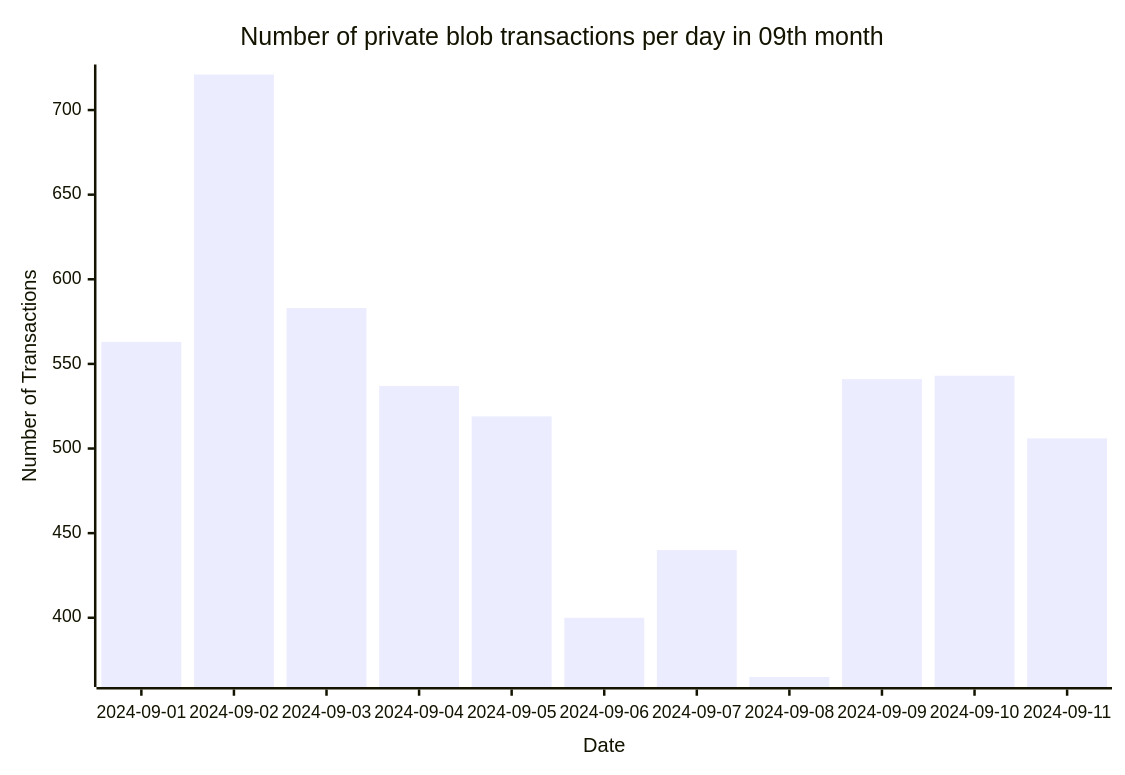
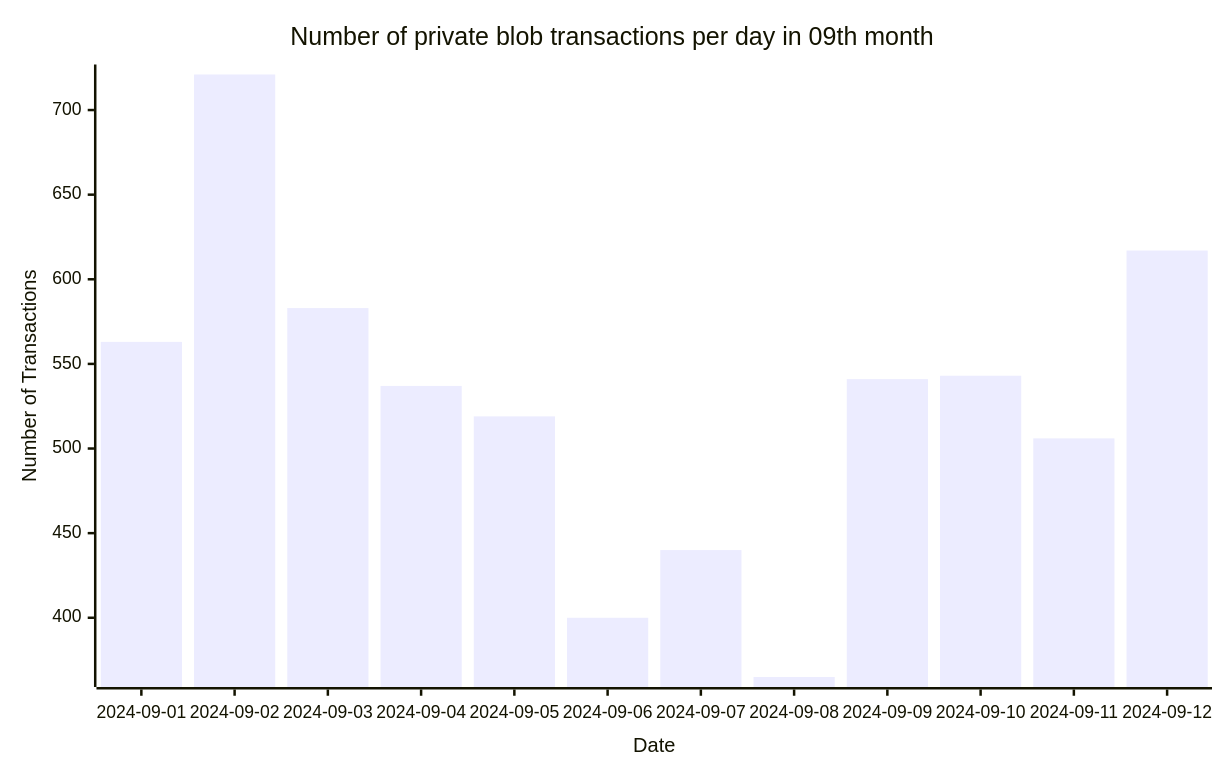
One commit to Amit0617/eip4844-data changed the seventh of 7 diagrams in README.md. Above: the diagram before and after it, drawn with Mermaid. The commit also changed 1 other file, not shown here.

````diff
--- a/README.md
+++ b/README.md
@@ -79,12 +79,12 @@
 ```mermaid
 ---
 config:
     xyChart:
-        width: 880
+        width: 960
         height: 600
 ---
 xychart-beta title "Number of private blob transactions per day in 09th month"
-x-axis "Date" [2024-09-01,2024-09-02,2024-09-03,2024-09-04,2024-09-05,2024-09-06,2024-09-07,2024-09-08,2024-09-09,2024-09-10,2024-09-11]
+x-axis "Date" [2024-09-01,2024-09-02,2024-09-03,2024-09-04,2024-09-05,2024-09-06,2024-09-07,2024-09-08,2024-09-09,2024-09-10,2024-09-11,2024-09-12]
 y-axis "Number of Transactions"
-bar[563,721,583,537,519,400,440,365,541,543,506]
+bar[563,721,583,537,519,400,440,365,541,543,506,617]
 ```
````
